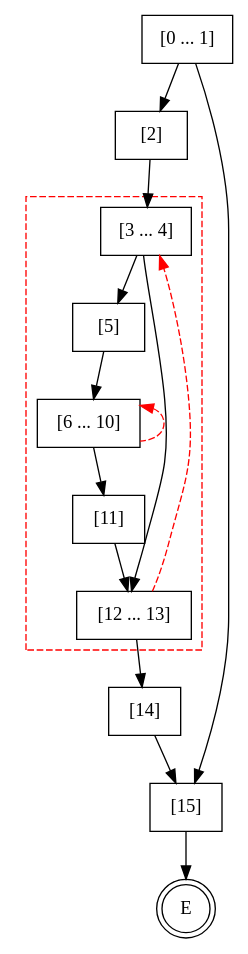
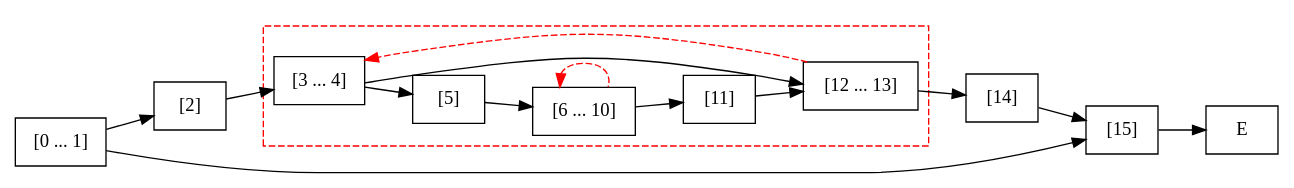
Before and after one commit to jsCarleton/wanalyze: the diagram in test_cases/bubble_sort/bubble_sort-e.dot, drawn with Graphviz. The commit also changed 13 other files, not shown here.

```diff
--- a/test_cases/bubble_sort/bubble_sort-e.dot
+++ b/test_cases/bubble_sort/bubble_sort-e.dot
@@ -1,36 +1,36 @@
 digraph finite_state_machine {
+    rankdir="LR"
     label = ""
     labelloc =  t
     labelfontsize = 16
     labelfontcolor = black
     labelfontname = "Helvetica"
-    node [shape = doublecircle]; E ;
     node [shape = box];
     node [shape=box, fontcolor=black, style=""] 0[label="[0 ... 1]"]
     node [shape=box, fontcolor=black, style=""] 2[label="[2]"]
     subgraph cluster_9{
     label = "";
     color = red;
     style = dashed;
     node [shape=box, fontcolor=black, style=""] 3[label="[3 ... 4]"]
     node [shape=box, fontcolor=black, style=""] 5[label="[5]"]
     node [shape=box, fontcolor=black, style=""] 6[label="[6 ... 10]"]
     node [shape=box, fontcolor=black, style=""] 11[label="[11]"]
     node [shape=box, fontcolor=black, style=""] 12[label="[12 ... 13]"]
     }
     node [shape=box, fontcolor=black, style=""] 14[label="[14]"]
     node [shape=box, fontcolor=black, style=""] 15[label="[15]"]
     0 -> 2;
     0 -> 15;
     2 -> 3;
     3 -> 5;
     3 -> 12;
     5 -> 6;
     6 -> 11;
     6 -> 6[style=dashed color="red" dir=back];
     11 -> 12;
     12 -> 3[style=dashed color="red"];
     12 -> 14;
     14 -> 15;
     15 -> E;
 }
```
